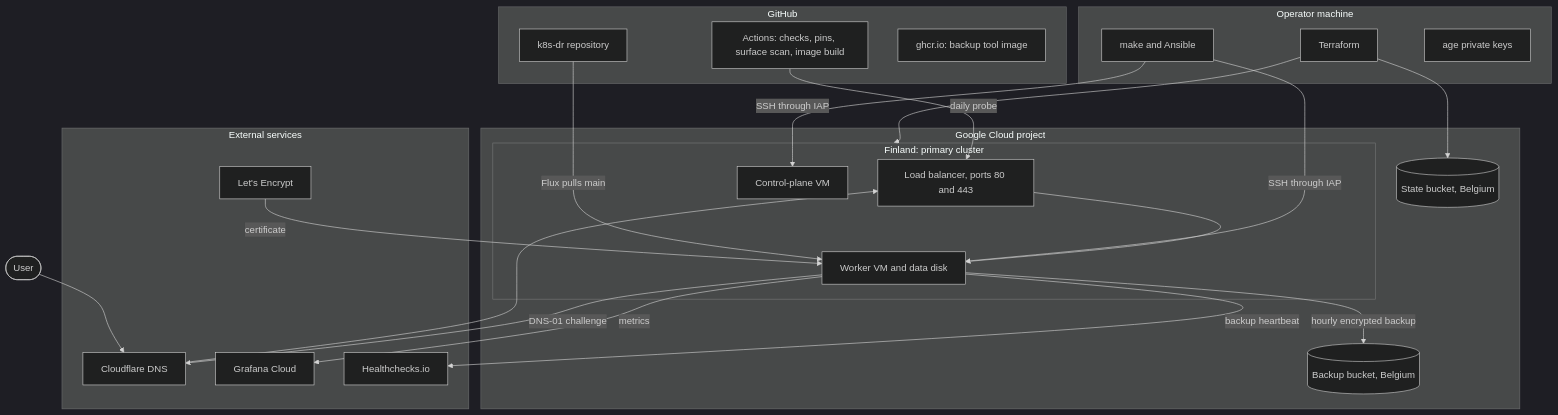
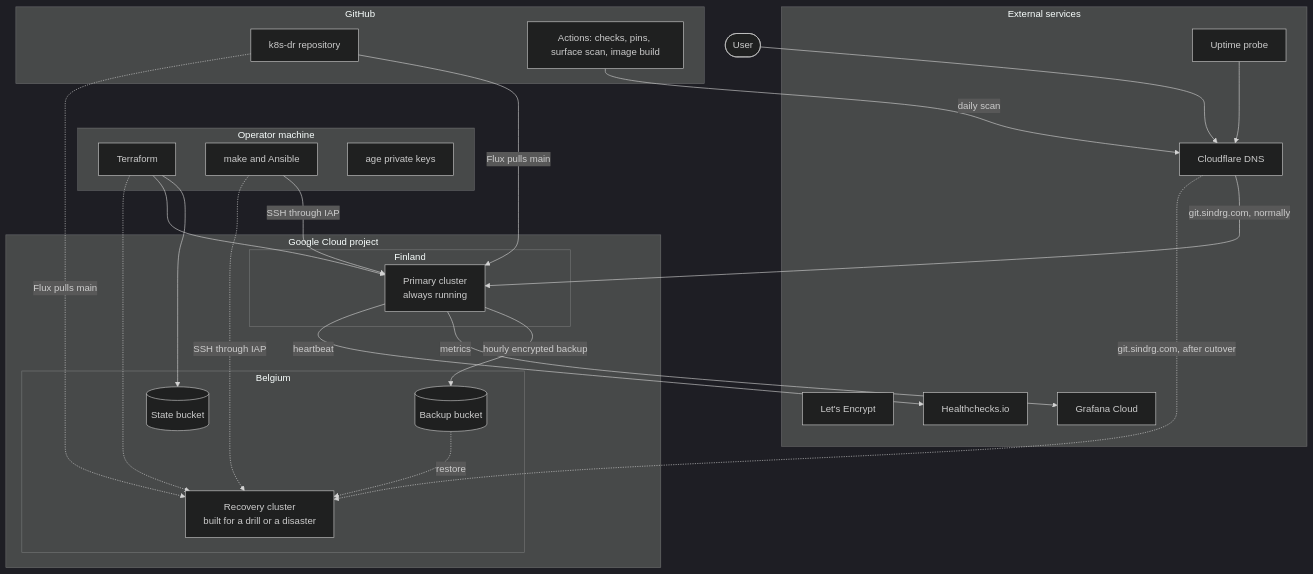
Before and after one commit to sindredg/k8s-dr: the diagram in docs/architecture/README.md, drawn with Mermaid (dark theme). The commit also changed other lines of this file and 15 other files, not shown here.

````diff
--- a/docs/architecture/README.md
+++ b/docs/architecture/README.md
@@ -9,44 +9,49 @@
 ```mermaid
 flowchart TB
     subgraph operator["Operator machine"]
         tf["Terraform"]
         make["make and Ansible"]
         keys["age private keys"]
     end
 
     subgraph github["GitHub"]
         repo["k8s-dr repository"]
         actions["Actions: checks, pins, surface scan, image build"]
-        ghcr["ghcr.io: backup tool image"]
     end
 
     subgraph gcp["Google Cloud project"]
-        state[("State bucket, Belgium")]
-        backups[("Backup bucket, Belgium")]
-        subgraph primary["Finland: primary cluster"]
-            lb["Load balancer, ports 80 and 443"]
-            cp["Control-plane VM"]
-            worker["Worker VM and data disk"]
+        subgraph belgium["Belgium"]
+            state[("State bucket")]
+            backups[("Backup bucket")]
+            recovery["Recovery cluster<br/>built for a drill or a disaster"]
+        end
+        subgraph finland["Finland"]
+            primary["Primary cluster<br/>always running"]
         end
     end
 
     subgraph external["External services"]
         cf["Cloudflare DNS"]
         le["Let's Encrypt"]
         grafana["Grafana Cloud"]
         hc["Healthchecks.io"]
+        probe["Uptime probe"]
     end
 
-    user(["User"]) --> cf --> lb --> worker
+    user(["User"]) --> cf
+    cf -- "git.sindrg.com, normally" --> primary
+    cf -. "git.sindrg.com, after cutover" .-> recovery
     tf --> state
     tf --> primary
-    make -- "SSH through IAP" --> cp
-    make -- "SSH through IAP" --> worker
-    repo -- "Flux pulls main" --> worker
-    worker -- "hourly encrypted backup" --> backups
-    worker -- "metrics" --> grafana
-    worker -- "backup heartbeat" --> hc
-    worker -- "DNS-01 challenge" --> cf
-    le -- "certificate" --> worker
-    actions -- "daily probe" --> lb
+    tf -.-> recovery
+    make -- "SSH through IAP" --> primary
+    make -. "SSH through IAP" .-> recovery
+    repo -- "Flux pulls main" --> primary
+    repo -. "Flux pulls main" .-> recovery
+    primary -- "hourly encrypted backup" --> backups
+    backups -. "restore" .-> recovery
+    primary -- "metrics" --> grafana
+    primary -- "heartbeat" --> hc
+    probe --> cf
+    actions -- "daily scan" --> cf
 ```
````
